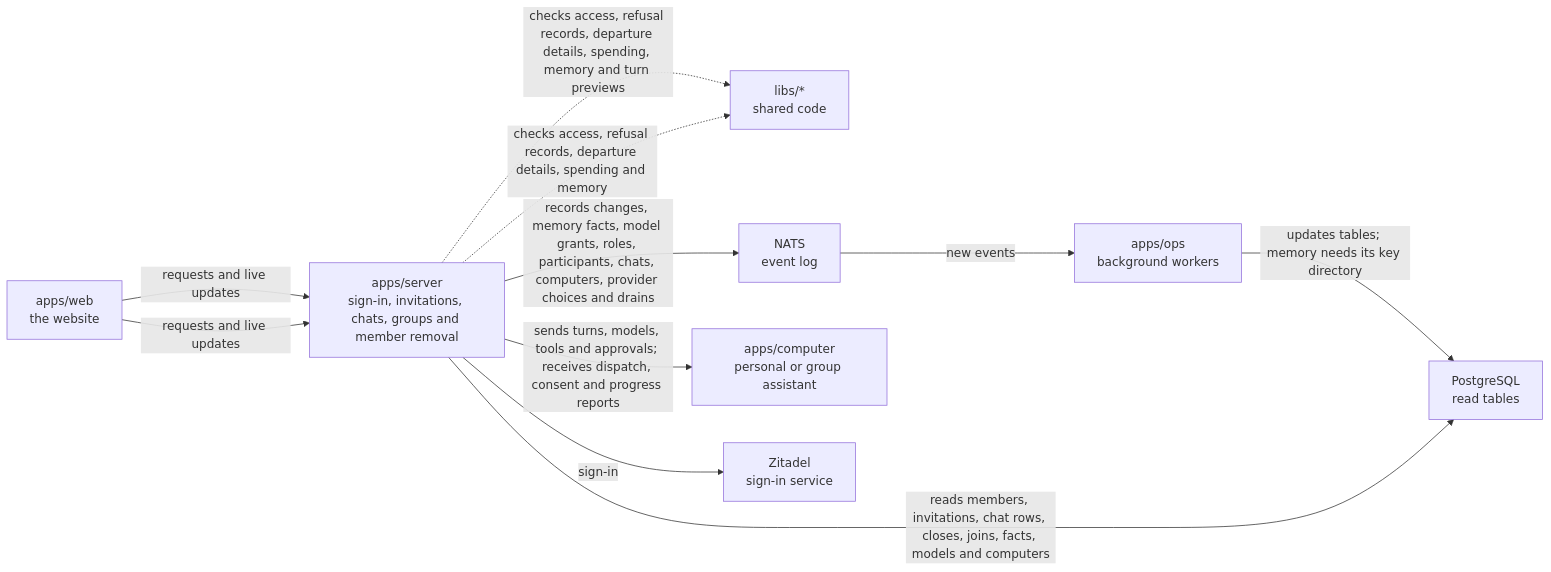
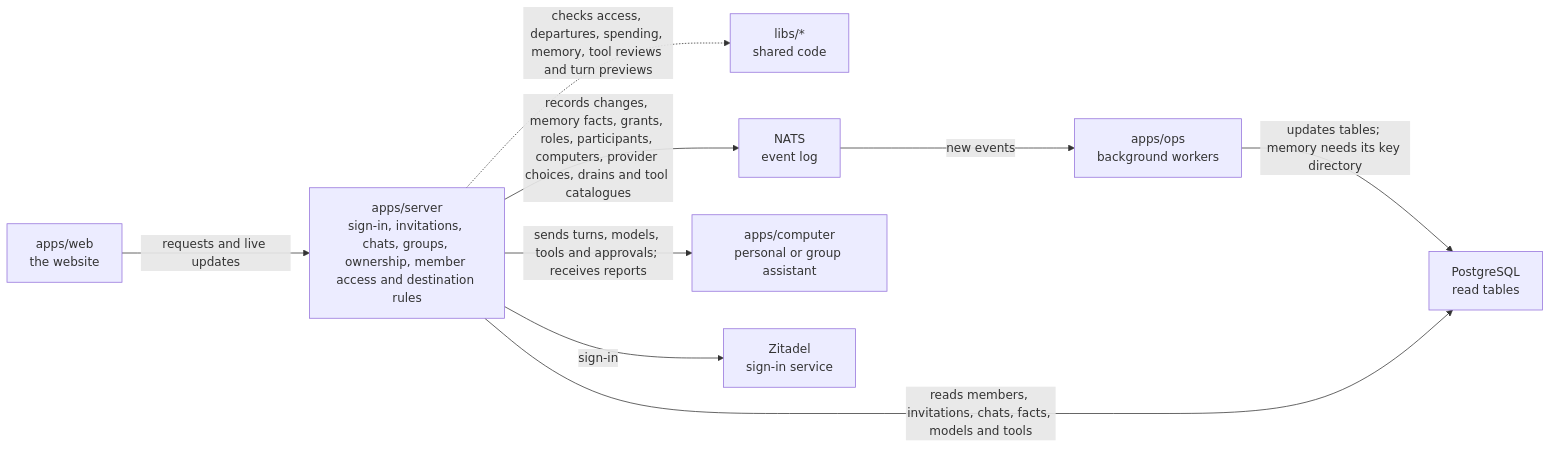
The diagram in apps/server/README.md (elewa-git/opencrane-new), drawn with Mermaid before and after one commit. The commit also changed other lines of this file and 23 other files, not shown here.

````diff
--- a/apps/server/README.md
+++ b/apps/server/README.md
@@ -11,13 +11,11 @@
 ```mermaid
 flowchart LR
-  web["apps/web<br/>the website"] -->|requests and live updates| server["apps/server<br/>sign-in, invitations, chats, groups, ownership and member access"]
-  server -.->|checks access, refusal records, departure details, spending, memory and turn previews| libs["libs/*<br/>shared code"]
-  web["apps/web<br/>the website"] -->|requests and live updates| server["apps/server<br/>sign-in, invitations, chats, groups and member removal"]
-  server -.->|checks access, refusal records, departure details, spending and memory| libs["libs/*<br/>shared code"]
-  server -->|records changes, memory facts, model grants, roles, participants, chats, computers, provider choices and drains| nats["NATS<br/>event log"]
+  web["apps/web<br/>the website"] -->|requests and live updates| server["apps/server<br/>sign-in, invitations, chats, groups, ownership, member access and destination rules"]
+  server -.->|checks access, departures, spending, memory, tool reviews and turn previews| libs["libs/*<br/>shared code"]
+  server -->|records changes, memory facts, grants, roles, participants, computers, provider choices, drains and tool catalogues| nats["NATS<br/>event log"]
   nats -->|new events| ops["apps/ops<br/>background workers"]
   ops -->|updates tables; memory needs its key directory| postgres["PostgreSQL<br/>read tables"]
-  server -->|reads members, invitations, chat rows, closes, joins, facts, models and computers| postgres
-  server -->|sends turns, models, tools and approvals; receives dispatch, consent and progress reports| computer["apps/computer<br/>personal or group assistant"]
+  server -->|reads members, invitations, chats, facts, models and tools| postgres
+  server -->|sends turns, models, tools and approvals; receives reports| computer["apps/computer<br/>personal or group assistant"]
   server -->|sign-in| zitadel["Zitadel<br/>sign-in service"]
 ```
````
